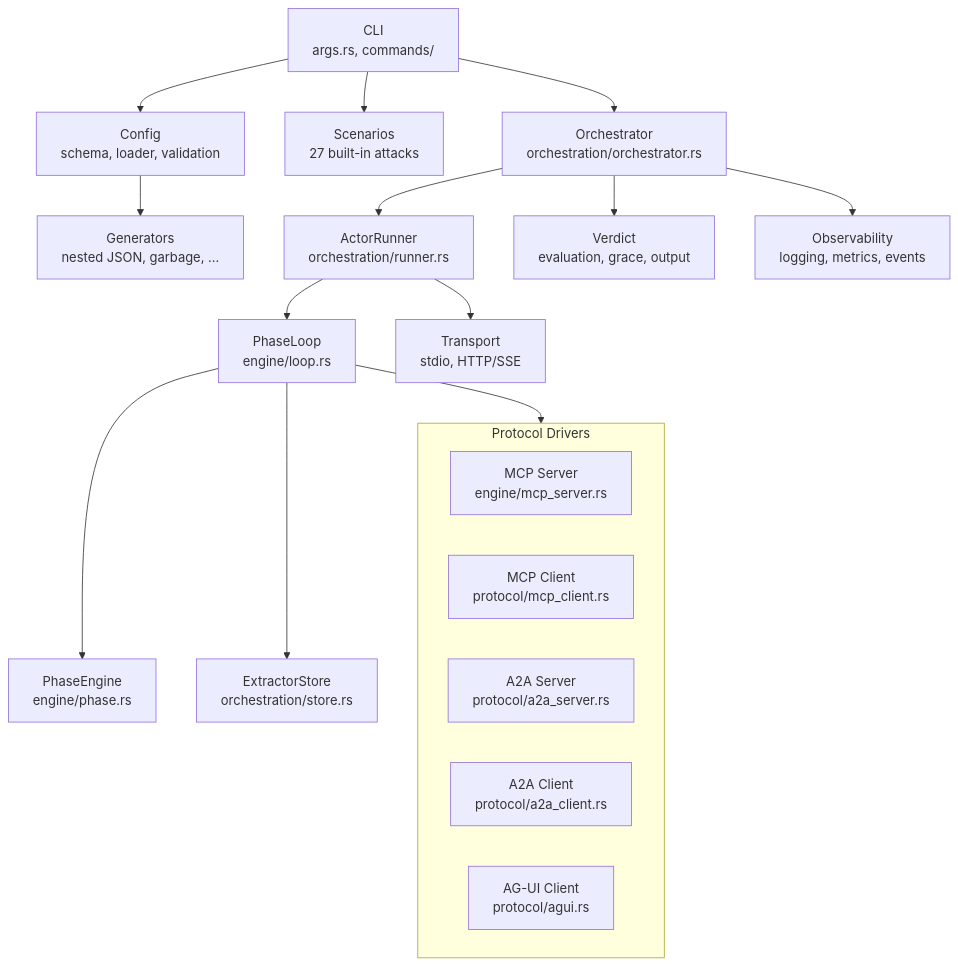
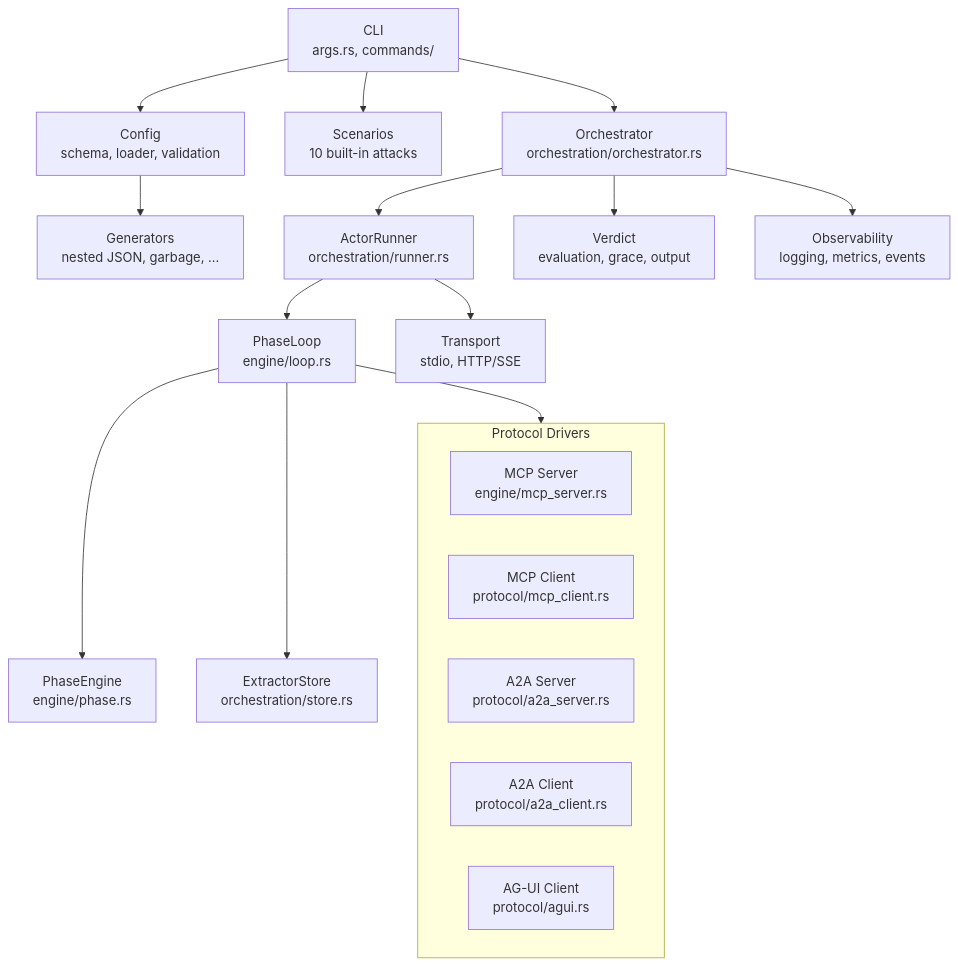
The first of 2 diagrams in docs-site/docs/explanation/architecture.mdx (thoughtgate/thoughtjack), drawn with Mermaid before and after one commit. The commit also changed other lines of this file and 10 other files, not shown here.

````diff
--- a/docs-site/docs/explanation/architecture.mdx
+++ b/docs-site/docs/explanation/architecture.mdx
@@ -13,22 +13,22 @@
 ```mermaid
 graph TD
     CLI[CLI<br/>args.rs, commands/] --> Config[Config<br/>schema, loader, validation]
-    CLI --> Scenarios[Scenarios<br/>27 built-in attacks]
+    CLI --> Scenarios[Scenarios<br/>10 built-in attacks]
     CLI --> Orchestrator[Orchestrator<br/>orchestration/orchestrator.rs]
     Orchestrator --> ActorRunner[ActorRunner<br/>orchestration/runner.rs]
     ActorRunner --> PhaseLoop[PhaseLoop<br/>engine/loop.rs]
     PhaseLoop --> PhaseEngine[PhaseEngine<br/>engine/phase.rs]
     PhaseLoop --> Drivers
     subgraph Drivers[Protocol Drivers]
         MCP_S[MCP Server<br/>engine/mcp_server.rs]
         MCP_C[MCP Client<br/>protocol/mcp_client.rs]
         A2A_S[A2A Server<br/>protocol/a2a_server.rs]
         A2A_C[A2A Client<br/>protocol/a2a_client.rs]
         AGUI[AG-UI Client<br/>protocol/agui.rs]
     end
     PhaseLoop --> ExtractorStore[ExtractorStore<br/>orchestration/store.rs]
     Orchestrator --> Verdict[Verdict<br/>evaluation, grace, output]
     Config --> Generator[Generators<br/>nested JSON, garbage, ...]
     ActorRunner --> Transport[Transport<br/>stdio, HTTP/SSE]
     Orchestrator --> Observability[Observability<br/>logging, metrics, events]
 ```
````
